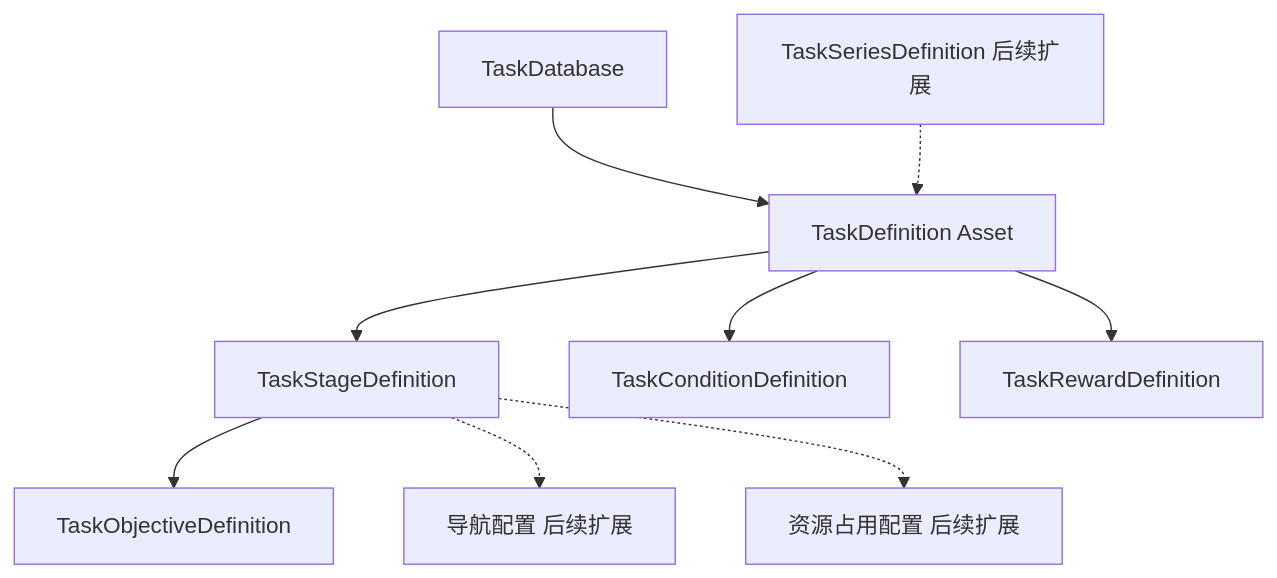
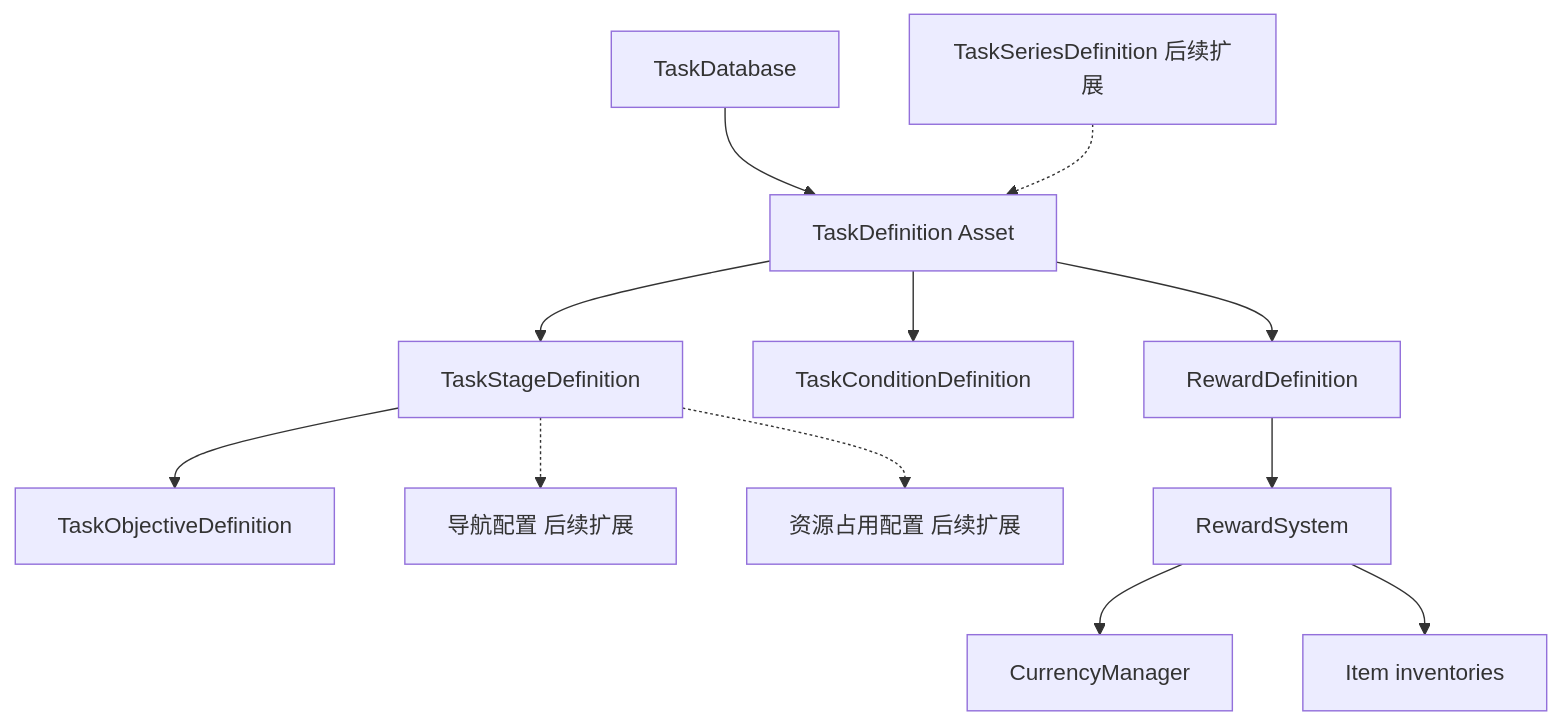
The first of 7 diagrams in Assets/Scripts/TaskSystem/TaskSystem_Requirements.md (Whitesheeeep/3DRPG), drawn with Mermaid before and after one commit. The commit also changed other lines of this file and 112 other files, not shown here.

````diff
--- a/Assets/Scripts/TaskSystem/TaskSystem_Requirements.md
+++ b/Assets/Scripts/TaskSystem/TaskSystem_Requirements.md
@@ -66,11 +68,14 @@
 ```mermaid
 flowchart TD
     Database[TaskDatabase] --> Task[TaskDefinition Asset]
     Task --> Stage[TaskStageDefinition]
     Stage --> Objective[TaskObjectiveDefinition]
     Task --> Unlock[TaskConditionDefinition]
-    Task --> Reward[TaskRewardDefinition]
+    Task --> Reward[RewardDefinition]
+    Reward --> RewardSystem[RewardSystem]
+    RewardSystem --> Wallet[CurrencyManager]
+    RewardSystem --> Inventory[Item inventories]
     Series[TaskSeriesDefinition 后续扩展] -.-> Task
     Stage -.-> Navigation[导航配置 后续扩展]
     Stage -.-> Resource[资源占用配置 后续扩展]
 ```
````
